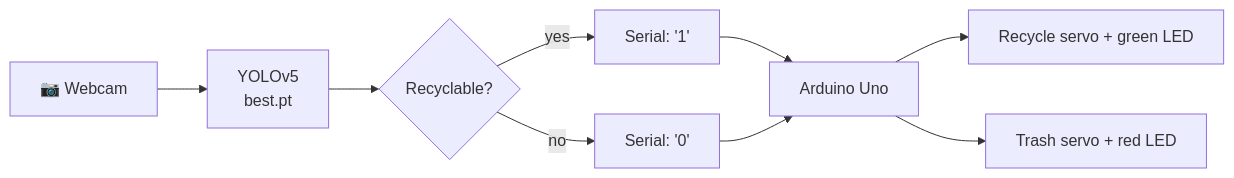
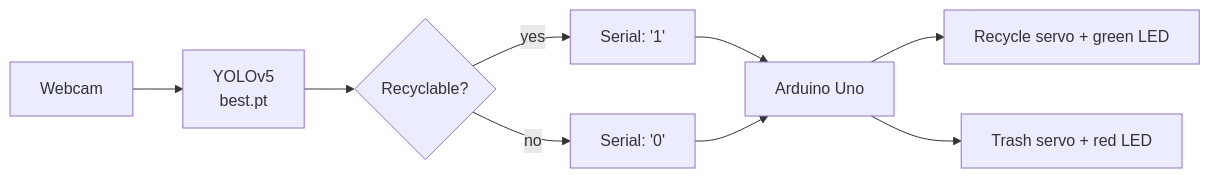
One commit to alaapjoshi/BinSense changed the diagram in README.md. Above: the diagram before and after it, drawn with Mermaid. The commit also changed other lines of this file and 149 other files, not shown here.

````diff
--- a/README.md
+++ b/README.md
@@ -36,11 +118,11 @@
-```mermaid
+~~~mermaid
 flowchart LR
-    A[📷 Webcam] --> B[YOLOv5<br/>best.pt]
+    A[Webcam] --> B[YOLOv5<br/>best.pt]
     B --> C{Recyclable?}
     C -- yes --> D["Serial: '1'"]
     C -- no --> E["Serial: '0'"]
     D --> F[Arduino Uno]
     E --> F
     F --> G[Recycle servo + green LED]
     F --> H[Trash servo + red LED]
-```
+~~~
````
